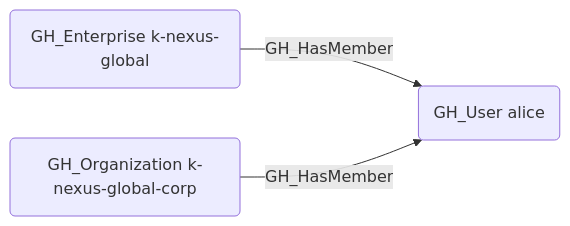
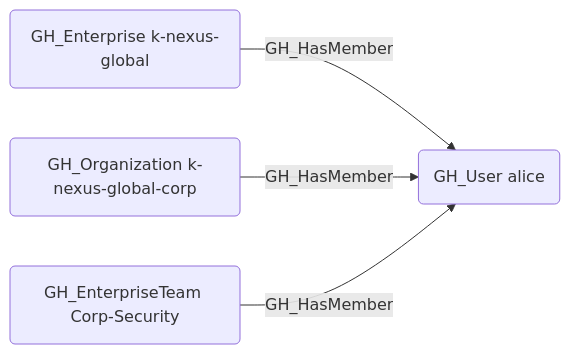
The diagram in Documentation/EdgeDescriptions/GH_HasMember.md (SpecterOps/GitHound), drawn with Mermaid before and after one commit. The commit also changed other lines of this file and 5 other files, not shown here.

````diff
--- a/Documentation/EdgeDescriptions/GH_HasMember.md
+++ b/Documentation/EdgeDescriptions/GH_HasMember.md
@@ -14,8 +14,10 @@
 ```mermaid
 graph LR
     node1("GH_Enterprise k-nexus-global")
     node2("GH_Organization k-nexus-global-corp")
     node3("GH_User alice")
+    node4("GH_EnterpriseTeam Corp-Security")
     node1 -- GH_HasMember --> node3
     node2 -- GH_HasMember --> node3
+    node4 -- GH_HasMember --> node3
 ```
````
